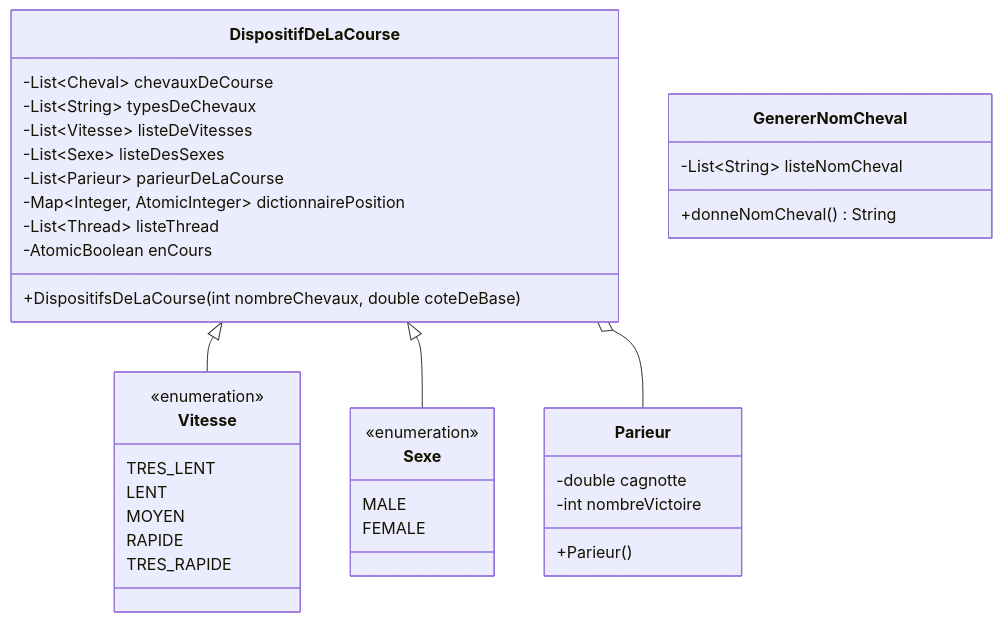
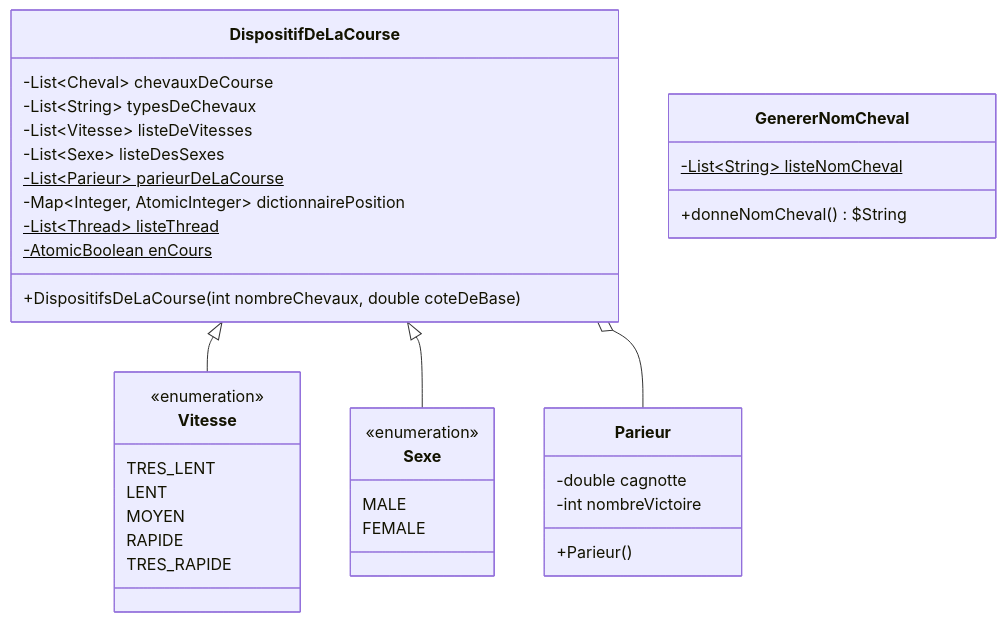
The third of 3 diagrams in README.md (GROSS-Jeremy-2124027/horseRacing), drawn with Mermaid before and after one commit. The commit also changed other lines of this file, not shown here.

````diff
--- a/README.md
+++ b/README.md
@@ -144,43 +144,43 @@
 ```mermaid
 classDiagram
 
     class DispositifDeLaCourse {
         -List~Cheval~ chevauxDeCourse
         -List~String~ typesDeChevaux
         -List~Vitesse~ listeDeVitesses
         -List~Sexe~ listeDesSexes
-        -List~Parieur~ parieurDeLaCourse
+        -List~Parieur~ parieurDeLaCourse$
         -Map~Integer, AtomicInteger~ dictionnairePosition
-        -List~Thread~ listeThread
-        -AtomicBoolean enCours
+        -List~Thread~ listeThread$
+        -AtomicBoolean enCours$
         +DispositifsDeLaCourse(int nombreChevaux, double coteDeBase)
     }
     
     class GenererNomCheval {
-        -List~String~ listeNomCheval
-        +donneNomCheval() String
+        -List~String~ listeNomCheval$
+        +donneNomCheval() $String
     }
     
     class Parieur {
         -double cagnotte
         -int nombreVictoire
         +Parieur()
     }
     class Vitesse{
     <<enumeration>>
         TRES_LENT
         LENT
         MOYEN
         RAPIDE
         TRES_RAPIDE
     }
     class Sexe{
     <<enumeration>>
         MALE
         FEMALE
     }
     
     DispositifDeLaCourse <|-- Vitesse
     DispositifDeLaCourse <|-- Sexe
     DispositifDeLaCourse o-- Parieur        
 ```
````
